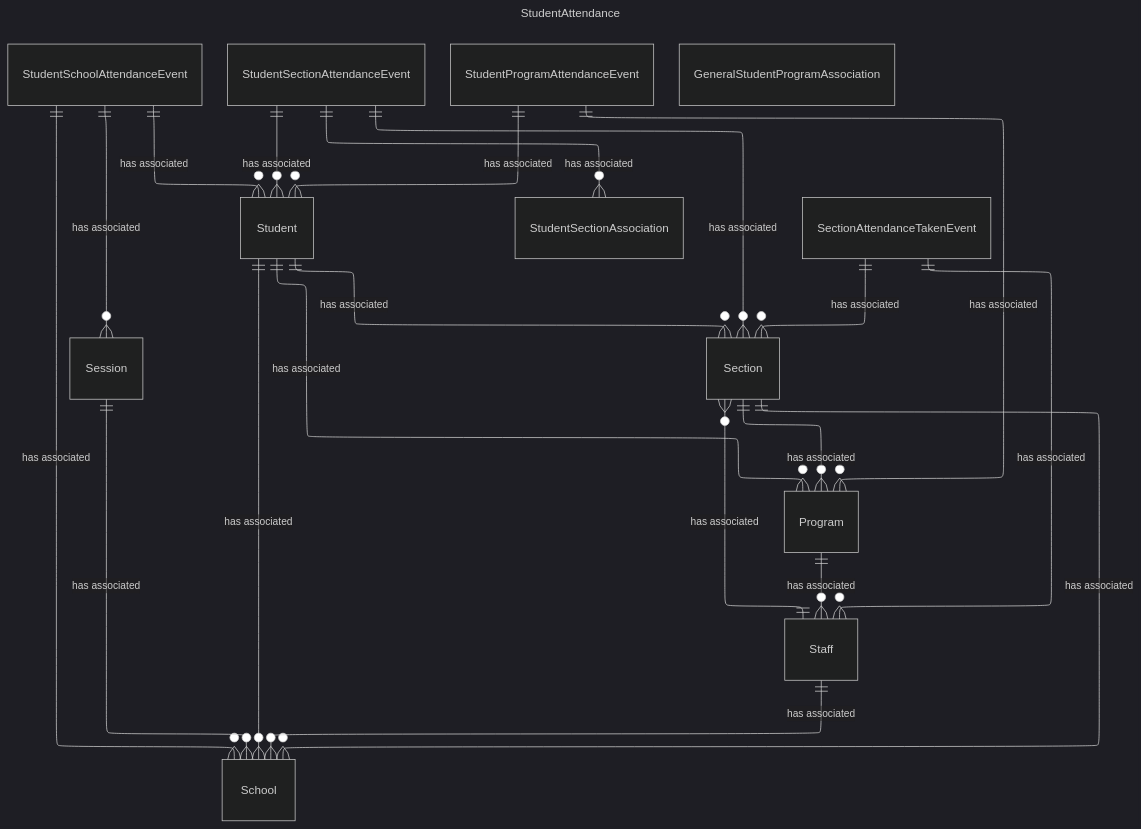
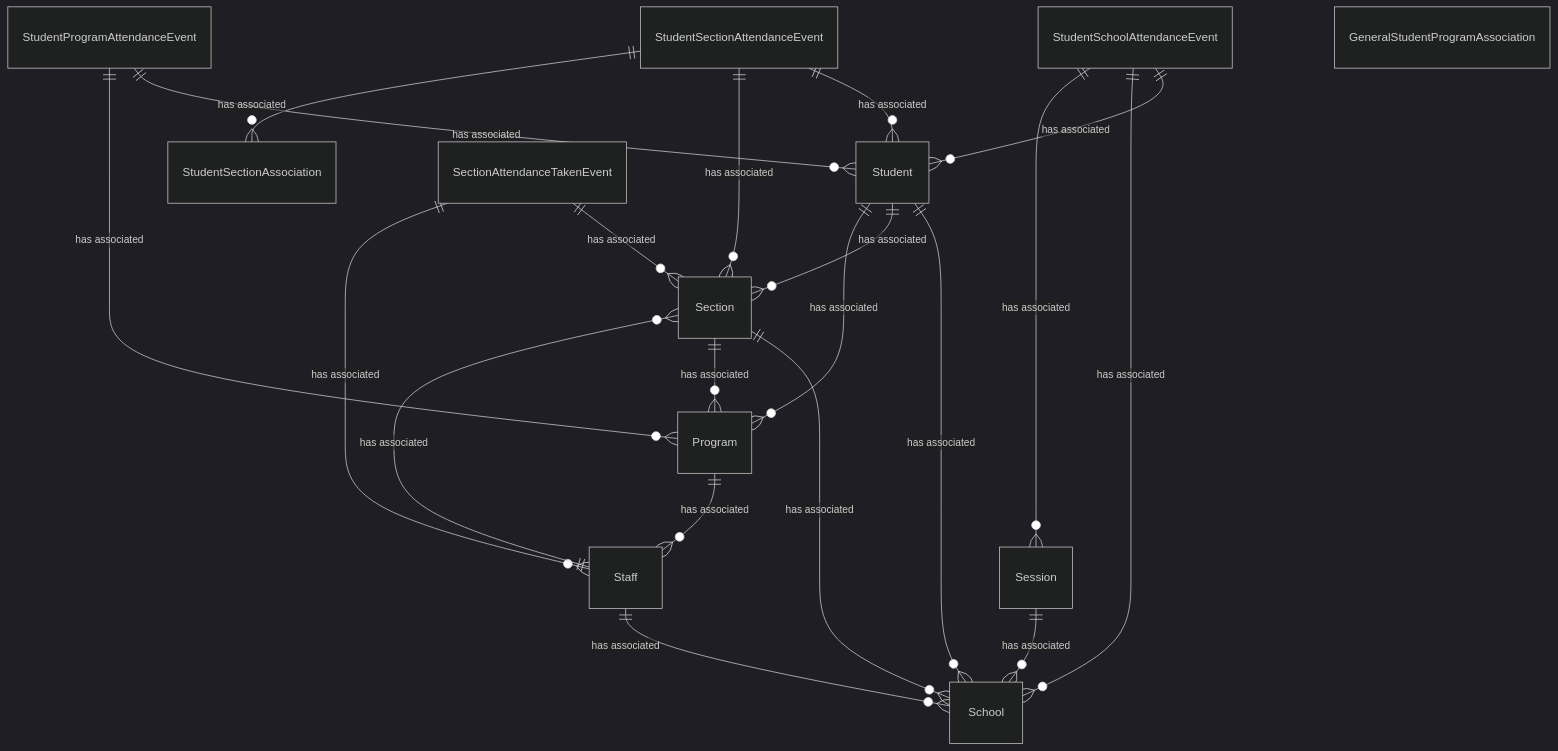
Before and after one commit to Ed-Fi-Alliance-OSS/ed-fi-alliance-oss.github.io: the diagram in dataStandard_versioned_docs/version-6/model-reference/student-attendance-domain/StudentAttendance-simple.mmd, drawn with Mermaid (dark theme). The commit also changed 132 other files, not shown here.

```diff
--- a/dataStandard_versioned_docs/version-6/model-reference/student-attendance-domain/StudentAttendance-simple.mmd
+++ b/dataStandard_versioned_docs/version-6/model-reference/student-attendance-domain/StudentAttendance-simple.mmd
@@ -1,49 +1,44 @@
----
-title: StudentAttendance
-config:
-  layout: elk
----
 erDiagram
     Student {
     }
     StudentSchoolAttendanceEvent {
     }
     StudentSectionAttendanceEvent {
     }
     StudentProgramAttendanceEvent {
     }
     StudentSectionAssociation {
     }
     GeneralStudentProgramAssociation {
     }
     SectionAttendanceTakenEvent {
     }
     Session {
     }
     Section {
     }
     Program {
     }
     School {
     }
     Staff {
     }
     StudentSchoolAttendanceEvent ||--o{ Student : "has associated"
     StudentSchoolAttendanceEvent ||--o{ School : "has associated"
     StudentSchoolAttendanceEvent ||--o{ Session : "has associated"
     StudentSectionAttendanceEvent ||--o{ Student : "has associated"
     StudentSectionAttendanceEvent ||--o{ Section : "has associated"
     StudentSectionAttendanceEvent ||--o{ StudentSectionAssociation : "has associated"
     StudentProgramAttendanceEvent ||--o{ Student : "has associated"
     StudentProgramAttendanceEvent ||--o{ Program : "has associated"
     SectionAttendanceTakenEvent ||--o{ Section : "has associated"
     SectionAttendanceTakenEvent ||--o{ Staff : "has associated"
     Student ||--o{ School : "has associated"
     Student ||--o{ Section : "has associated"
     Student ||--o{ Program : "has associated"
     Session ||--o{ School : "has associated"
     Section ||--o{ School : "has associated"
     Section ||--o{ Program : "has associated"
     Program ||--o{ Staff : "has associated"
     Staff ||--o{ School : "has associated"
     Staff ||--o{ Section : "has associated"
```
